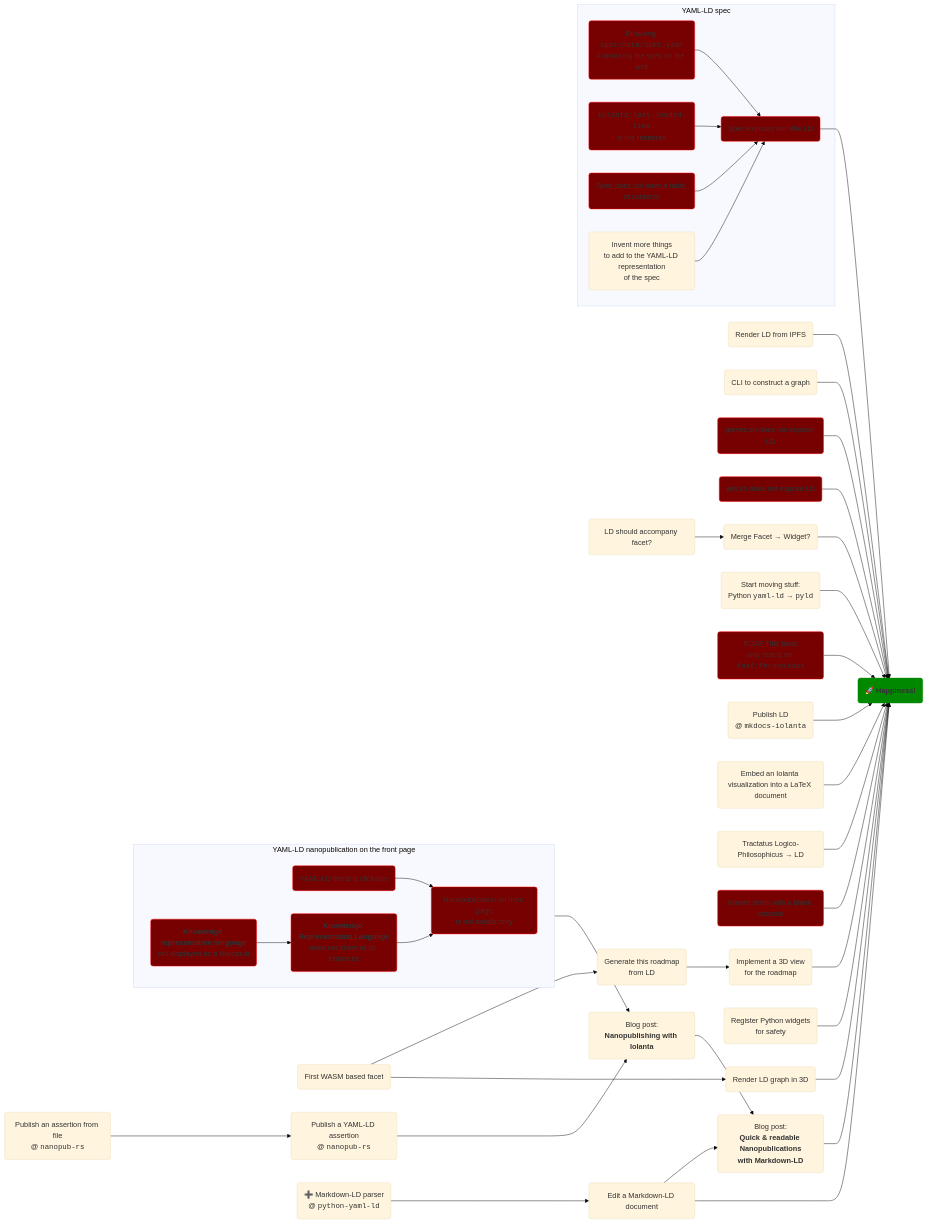
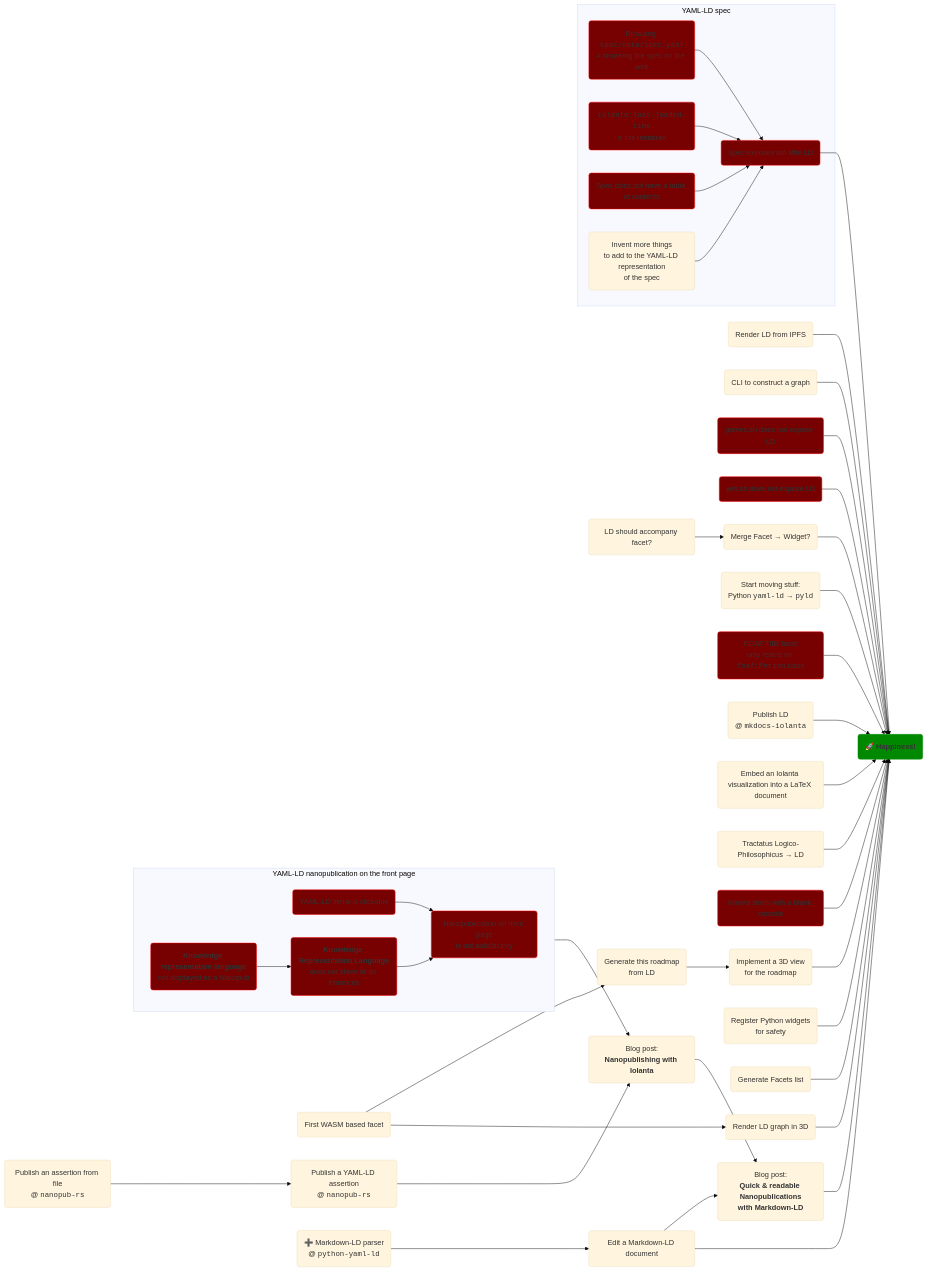
Before and after one commit to iolanta-tech/iolanta: the diagram in docs/roadmap.md, drawn with Mermaid (base theme). The commit also changed 9 other files, not shown here.

````diff
--- a/docs/roadmap.md
+++ b/docs/roadmap.md
@@ -15,79 +15,82 @@
 ```mermaid
 graph LR
     happiness("🚀 Happiness!")
     classDef happiness fill:#080,stroke:#080,stroke-width:1px,font-weight:bold;
     class happiness happiness
     
     ipfs("Render LD from IPFS") --> happiness
     
     wasm("First WASM based facet") --> generate-roadmap("Generate this roadmap<br/>from LD") --> roadmap3d("Implement a 3D view<br/>for the roadmap") --> happiness
     
     cli-construct("CLI to construct a graph") --> happiness
     
     wasm --> 3d("Render LD graph in 3D") --> happiness
     
     jeeves-sh("jeeves.sh does not expose LD") --> happiness
     class jeeves-sh bug
     
     yeti-sh("yeti.sh does not expose LD") --> happiness
     class yeti-sh bug
     
     nanopub-blog-post("Blog post:<br/><strong>Nanopublishing with Iolanta</strong>") --> markdown-nanopub-blog-post("Blog post:<br/><strong>Quick & readable Nanopublications<br/>with Markdown-LD") --> happiness
     
     nanopub-rs-graph("Publish an assertion from file<br/>@ <code>nanopub-rs</code>") --> nanopub-yaml-ld("Publish a YAML-LD assertion<br/>@ <code>nanopub-rs</code>") --> nanopub-blog-post
     
     plan-yaml-ld-to-pyld("Start moving stuff:<br/>Python <code>yaml-ld</code> → <code>pyld</code>") --> happiness
     
     foaf-title("FOAF Title facet<br/>only reacts on <code>foaf:Person</code> class") --> happiness
     publish-with-mkdocs("Publish LD<br/>@ <code>mkdocs-iolanta</code>") --> happiness
     class foaf-title bug
     
     tex("Embed an Iolanta visualization into a LaTeX document") --> happiness
     tractatus("Tractatus Logico-Philosophicus → LD") --> happiness
     
     starts-from-console("Iolanta starts with a blank console") --> happiness
     class starts-from-console bug
     
     subgraph "YAML-LD nanopublication on the front page"
         direction LR
         nanopublication-is-not-satisfactory("Nanopublication on front page<br/>is not satisfactory")
         class nanopublication-is-not-satisfactory bug
         
         literal-clickable("YAML-LD literal is clickable") --> nanopublication-is-not-satisfactory
         click literal-clickable "https://github.com/iolanta-tech/iolanta/issues/260"
         class literal-clickable bug
         
         fip-term-messy("<strong>Knowledge representation language</strong><br/>not displayed as a Nanopub") --> fip-term-instances("<strong>Knowledge Representation Language</strong><br/>does not show all its instances") --> nanopublication-is-not-satisfactory
         class fip-term-messy bug
         class fip-term-instances bug
     end
     
     spec-not-ld --> happiness
     
     ld-with-facet("LD should accompany facet?") --> facet-and-widget("Merge Facet → Widget?") --> happiness
     register-widgets("Register Python widgets<br/>for safety") --> happiness
     
     subgraph "YAML-LD spec"
         spec-not-ld("Spec exposes too little LD")
         class spec-not-ld bug
         
         mismatch("Browsing <code>spec/data/spec.yaml</code><br/>≠ browsing the spec on the web") --> spec-not-ld
         class mismatch bug
 
         last-loaded-time("<code>iolanta:last-loaded-time</code><br/>is not rendered") --> spec-not-ld
         class last-loaded-time bug
         
         spec-toc("Spec does not have a table of contents") --> spec-not-ld
         class spec-toc bug
         
         more("Invent more things<br/>to add to the YAML-LD representation<br/>of the spec") --> spec-not-ld
     end
     
     nanopublication-is-not-satisfactory --> nanopub-blog-post
     
     python-yaml-ld-markdown-ld("➕ Markdown-LD parser<br/>@ <code>python-yaml-ld</code>") --> markdown-ld("Edit a Markdown-LD document") --> markdown-nanopub-blog-post
     click markdown-ld "https://github.com/iolanta-tech/iolanta/issues/261"
     markdown-ld --> happiness
+    
+    generate-facets-list("Generate Facets list") --> happiness
+    click generate-facets-list "http://localhost:6451/Facet/"
         
     classDef bug fill:#700,stroke:#f00,stroke-width:1px;
 ```
````
